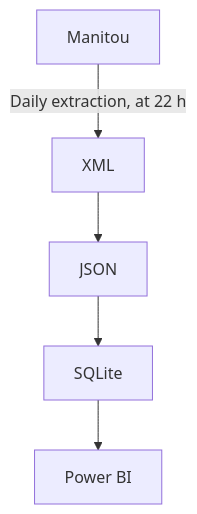
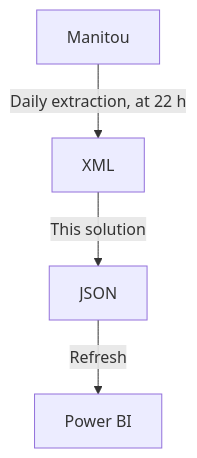
One commit to Simon-Charest/manitou changed the diagram in README.md. Above: the diagram before and after it, drawn with Mermaid.

Commit message:
Updating flowchart

````diff
--- a/README.md
+++ b/README.md
@@ -20,7 +20,6 @@
 ```mermaid
 flowchart TD
     A[Manitou] -- Daily extraction, at 22 h --> B[XML]
-    B[XML] --> C[JSON]
-    C[JSON] --> D[SQLite]
-    D[SQLite] --> E[Power BI]
+    B[XML] -- This solution --> C[JSON]
+    C[JSON] -- Refresh --> D[Power BI]
 ```
````
